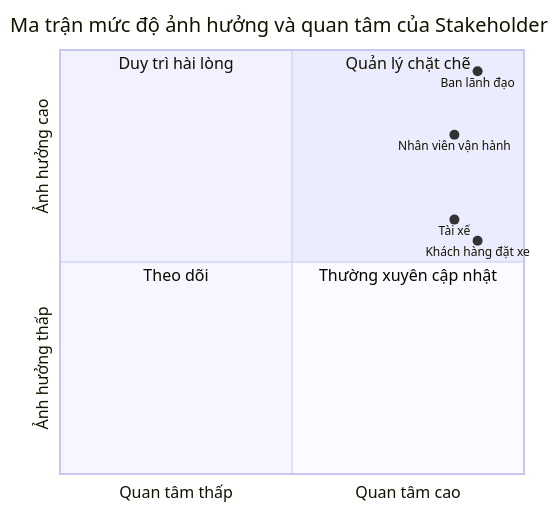
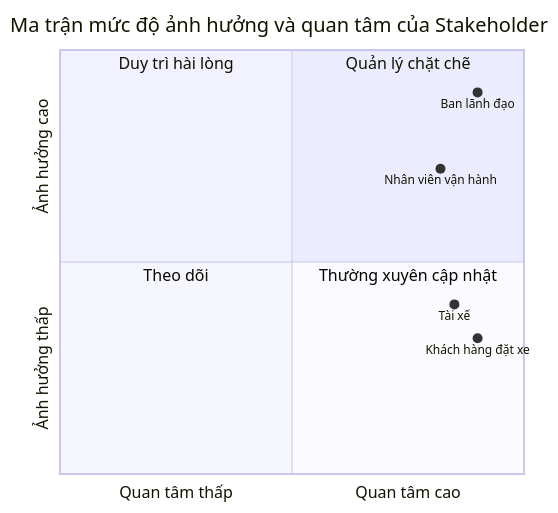
The diagram in srs.md (lybaonghi1912/23685131_LyBaoNghi_CABSYSTEM), drawn with Mermaid before and after one commit. The commit also changed other lines of this file, not shown here.

````diff
--- a/srs.md
+++ b/srs.md
@@ -128,14 +143,14 @@
 ```mermaid
 quadrantChart
     title Ma trận mức độ ảnh hưởng và quan tâm của Stakeholder
     x-axis Quan tâm thấp --> Quan tâm cao
     y-axis Ảnh hưởng thấp --> Ảnh hưởng cao
     quadrant-1 Quản lý chặt chẽ
     quadrant-2 Duy trì hài lòng
     quadrant-3 Theo dõi
     quadrant-4 Thường xuyên cập nhật
-    Ban lãnh đạo: [0.90, 0.95]
-    Nhân viên vận hành: [0.85, 0.80]
-    Khách hàng đặt xe: [0.90, 0.55]
-    Tài xế: [0.85, 0.60]
+    Ban lãnh đạo: [0.90, 0.90]
+    Nhân viên vận hành: [0.82, 0.72]
+    Tài xế: [0.85, 0.40]
+    Khách hàng đặt xe: [0.90, 0.32]
 ```
````
